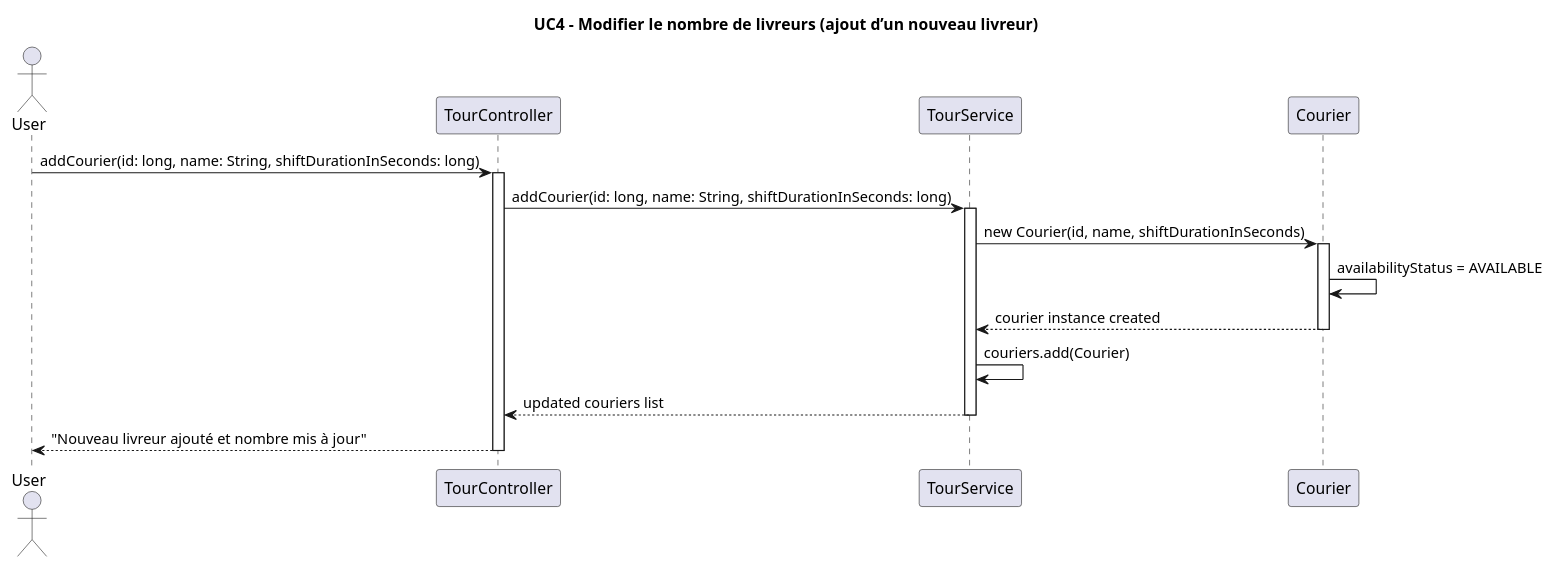
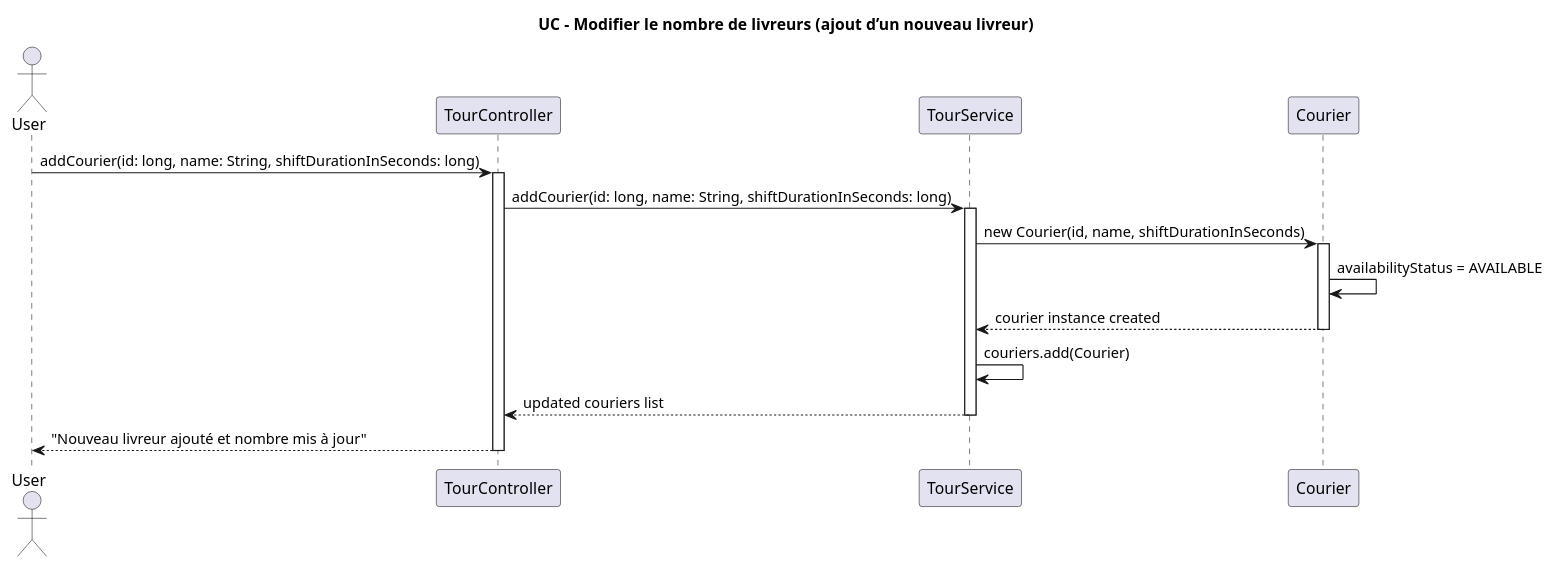
The diagram in diagrams/diagramUC4.plantuml (enzo-dosanjos/Pickup_Delivery_App), drawn with PlantUML before and after one commit. The commit also changed 9 other files, not shown here.

```diff
--- a/diagrams/diagramUC4.plantuml
+++ b/diagrams/diagramUC4.plantuml
@@ -1,27 +1,27 @@
 @startuml
-title UC4 - Modifier le nombre de livreurs (ajout d’un nouveau livreur)
+title UC - Modifier le nombre de livreurs (ajout d’un nouveau livreur)
 
 actor User
 participant "TourController" as TC
 participant "TourService" as TS
 participant "Courier" as C
 
 User -> TC : addCourier(id: long, name: String, shiftDurationInSeconds: long)
 activate TC
 
 TC -> TS : addCourier(id: long, name: String, shiftDurationInSeconds: long)
 activate TS
 
 TS -> C : new Courier(id, name, shiftDurationInSeconds)
 activate C
 C -> C : availabilityStatus = AVAILABLE
 C --> TS : courier instance created
 deactivate C
 
 TS -> TS : couriers.add(Courier)
 TS --> TC : updated couriers list
 deactivate TS
 
 TC --> User : "Nouveau livreur ajouté et nombre mis à jour"
 deactivate TC
 @enduml
```
